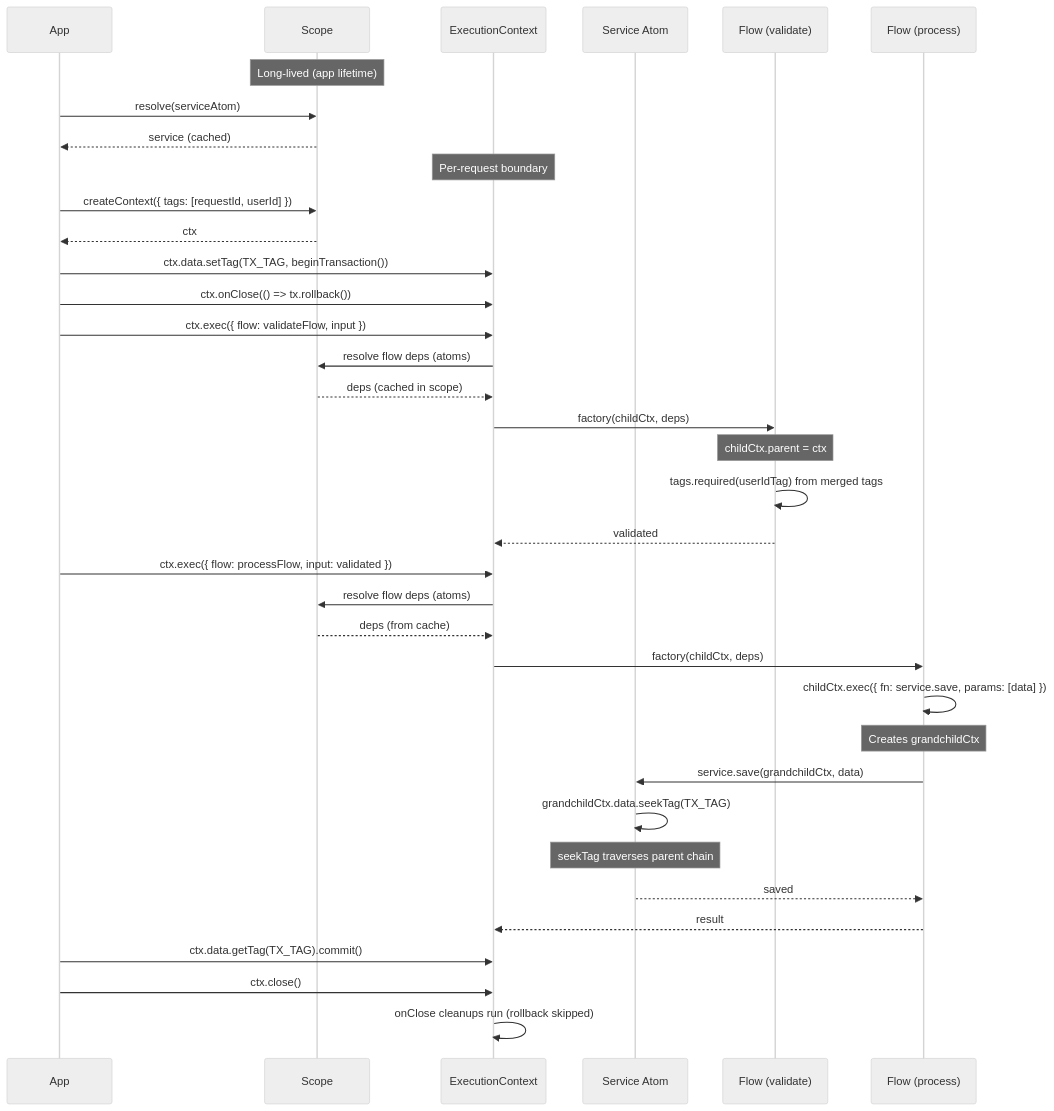
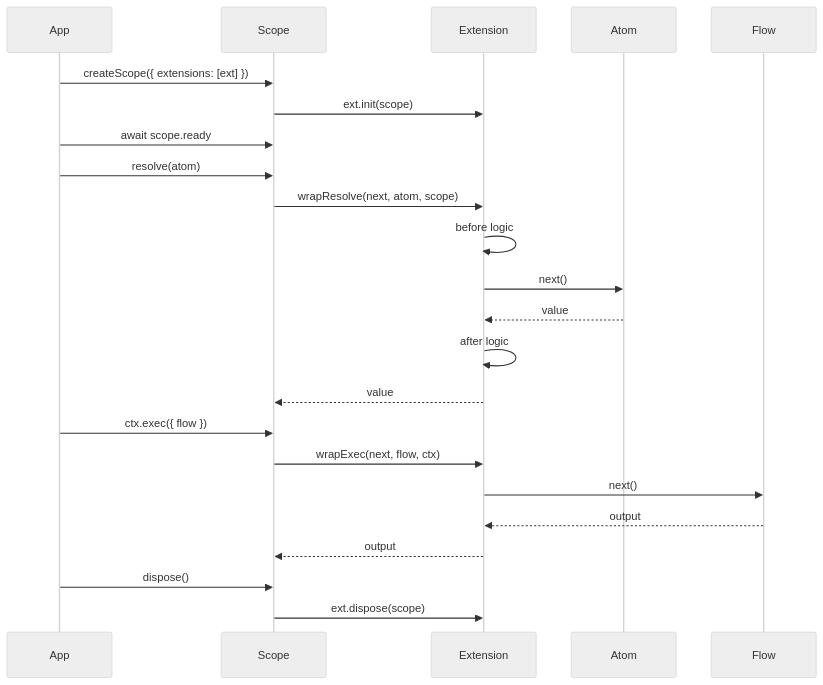
The second of 11 diagrams in packages/lite/PATTERNS.md (pumped-fn/pumped-fn), drawn with Mermaid (neutral theme) before and after one commit. The commit also changed other lines of this file and 4 other files, not shown here.

First line of the commit message:
docs(lite): replace text glossary with mermaid diagrams

````diff
--- a/packages/lite/PATTERNS.md
+++ b/packages/lite/PATTERNS.md
@@ -22,44 +37,29 @@
 ```mermaid
 sequenceDiagram
     participant App
     participant Scope
-    participant Context as ExecutionContext
-    participant ServiceAtom as Service Atom
-    participant Flow1 as Flow (validate)
-    participant Flow2 as Flow (process)
+    participant Ext as Extension
+    participant Atom
+    participant Flow
 
-    Note over Scope: Long-lived (app lifetime)
-    App->>Scope: resolve(serviceAtom)
-    Scope-->>App: service (cached)
+    App->>Scope: createScope({ extensions: [ext] })
+    Scope->>Ext: ext.init(scope)
+    App->>Scope: await scope.ready
 
-    Note over Context: Per-request boundary
-    App->>Scope: createContext({ tags: [requestId, userId] })
-    Scope-->>App: ctx
+    App->>Scope: resolve(atom)
+    Scope->>Ext: wrapResolve(next, atom, scope)
+    Ext->>Ext: before logic
+    Ext->>Atom: next()
+    Atom-->>Ext: value
+    Ext->>Ext: after logic
+    Ext-->>Scope: value
 
-    App->>Context: ctx.data.setTag(TX_TAG, beginTransaction())
-    App->>Context: ctx.onClose(() => tx.rollback())
+    App->>Scope: ctx.exec({ flow })
+    Scope->>Ext: wrapExec(next, flow, ctx)
+    Ext->>Flow: next()
+    Flow-->>Ext: output
+    Ext-->>Scope: output
 
-    App->>Context: ctx.exec({ flow: validateFlow, input })
-    Context->>Scope: resolve flow deps (atoms)
-    Scope-->>Context: deps (cached in scope)
-    Context->>Flow1: factory(childCtx, deps)
-    Note over Flow1: childCtx.parent = ctx
-    Flow1->>Flow1: tags.required(userIdTag) from merged tags
-    Flow1-->>Context: validated
-
-    App->>Context: ctx.exec({ flow: processFlow, input: validated })
-    Context->>Scope: resolve flow deps (atoms)
-    Scope-->>Context: deps (from cache)
-    Context->>Flow2: factory(childCtx, deps)
-    Flow2->>Flow2: childCtx.exec({ fn: service.save, params: [data] })
-    Note over Flow2: Creates grandchildCtx
-    Flow2->>ServiceAtom: service.save(grandchildCtx, data)
-    ServiceAtom->>ServiceAtom: grandchildCtx.data.seekTag(TX_TAG)
-    Note over ServiceAtom: seekTag traverses parent chain
-    ServiceAtom-->>Flow2: saved
-    Flow2-->>Context: result
-
-    App->>Context: ctx.data.getTag(TX_TAG).commit()
-    App->>Context: ctx.close()
-    Context->>Context: onClose cleanups run (rollback skipped)
+    App->>Scope: dispose()
+    Scope->>Ext: ext.dispose(scope)
 ```
````
